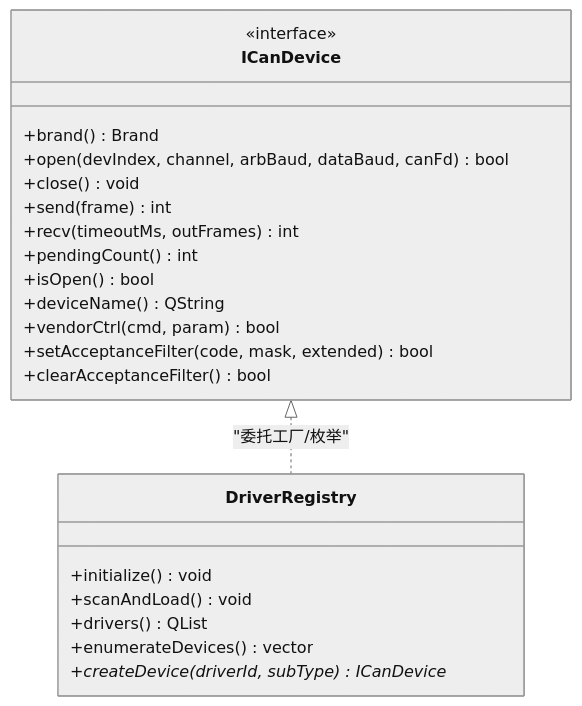
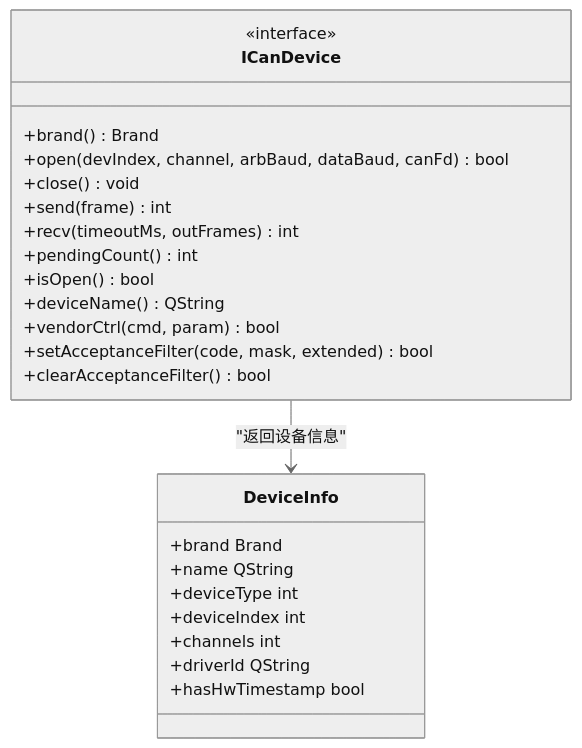
One commit to jakecai1225-design/OpenBus changed the third of 6 diagrams in .qoder/repowiki/zh/content/架构设计/驱动系统方案.md. Above: the diagram before and after it, drawn with Mermaid (neutral theme). The commit also changed other lines of this file and 58 other files, not shown here.

````diff
--- a/.qoder/repowiki/zh/content/架构设计/驱动系统方案.md
+++ b/.qoder/repowiki/zh/content/架构设计/驱动系统方案.md
@@ -133,25 +131,27 @@
 ```mermaid
 classDiagram
 class ICanDevice {
 +brand() Brand
 +open(devIndex, channel, arbBaud, dataBaud, canFd) bool
 +close() void
 +send(frame) int
 +recv(timeoutMs, outFrames) int
 +pendingCount() int
 +isOpen() bool
 +deviceName() QString
 +vendorCtrl(cmd, param) bool
 +setAcceptanceFilter(code, mask, extended) bool
 +clearAcceptanceFilter() bool
 <<interface>>
 }
-class DriverRegistry {
-+initialize() void
-+scanAndLoad() void
-+drivers() QList<DriverEntry>
-+enumerateDevices() vector<DeviceInfo>
-+createDevice(driverId, subType) ICanDevice*
+class DeviceInfo {
++brand Brand
++name QString
++deviceType int
++deviceIndex int
++channels int
++driverId QString
++hasHwTimestamp bool
 }
-ICanDevice <|.. DriverRegistry : "委托工厂/枚举"
+ICanDevice --> DeviceInfo : "返回设备信息"
 ```
````
